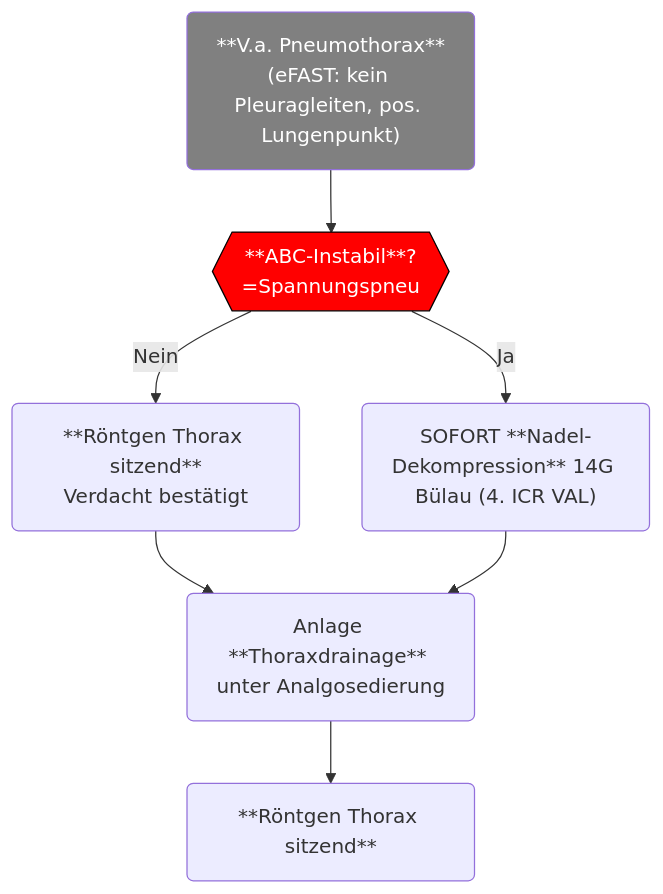
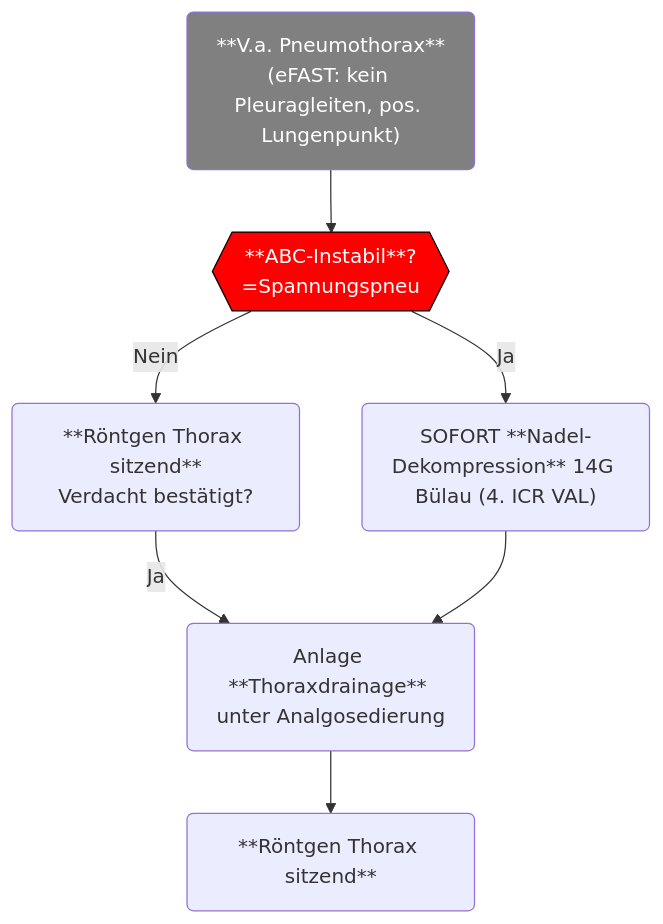
The diagram in content/Pneu.md (vncntwbr/notfallbausteine), drawn with Mermaid before and after one commit. The commit also changed other lines of this file, not shown here.

Commit message:
Quartz sync: Mar 28, 2026, 4:32 PM

````diff
--- a/content/Pneu.md
+++ b/content/Pneu.md
@@ -19,15 +20,15 @@
 ```mermaid
 flowchart TD
     Start("**V.a. Pneumothorax**<br>(eFAST: kein Pleuragleiten, pos. Lungenpunkt)") --> Instabil{{"**ABC-Instabil**?<br>=Spannungspneu"}}
     Instabil -->|Ja| Dek("SOFORT **Nadel-Dekompression** 14G Bülau (4. ICR VAL)")
-    Instabil -->|Nein| Rö("**Röntgen Thorax sitzend**<br>Verdacht bestätigt")
-    Rö --> Tdx(Anlage **Thoraxdrainage** unter Analgosedierung)
+    Instabil -->|Nein| Rö("**Röntgen Thorax sitzend**<br>Verdacht bestätigt?")
+    Rö -->|Ja| Tdx(Anlage **Thoraxdrainage** unter Analgosedierung)
     Dek --> Tdx
     Tdx --> Rö2(**Röntgen Thorax sitzend**)
     
-    click C "https://www.github.com" "Open this in a new tab" _blank
-    click D "https://www.github.com" "Open this in a new tab" _blank
+    click Tdx "https://www.github.com" "Open this in a new tab" _blank
+    click Dek "https://www.github.com" "Open this in a new tab" _blank
     
     style Instabil fill:red,color:white,stroke:black
     style Start fill:grey,color:white
 ```
````
